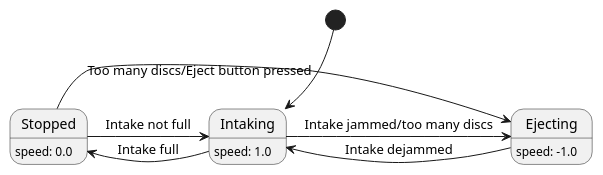
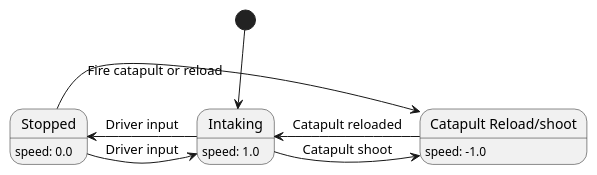
The diagram in include/stateMachine/behaviors/pto/intake.puml (alexDickhans/pronounce-this), drawn with PlantUML before and after one commit. The commit also changed 5 other files, not shown here.

```diff
--- a/include/stateMachine/behaviors/pto/intake.puml
+++ b/include/stateMachine/behaviors/pto/intake.puml
@@ -1,19 +1,19 @@
 @startuml
 
 state "Intaking" as intaking
 state "Stopped" as stopped
-state "Ejecting" as ejecting
+state "Catapult Reload/shoot" as catapult
 
 [*] --> intaking
 
 intaking : speed: 1.0
 stopped : speed: 0.0
-ejecting : speed: -1.0
+catapult : speed: -1.0
 
-intaking <- stopped : Intake not full
-intaking -> ejecting : Intake jammed/too many discs
-stopped <- intaking : Intake full
-ejecting -> intaking : Intake dejammed
-stopped -> ejecting : Too many discs/Eject button pressed
+intaking -> catapult : Catapult shoot
+stopped <- intaking : Driver input
+stopped -> intaking : Driver input
+catapult -> intaking : Catapult reloaded
+stopped -> catapult : Fire catapult or reload
 
 @enduml
```
